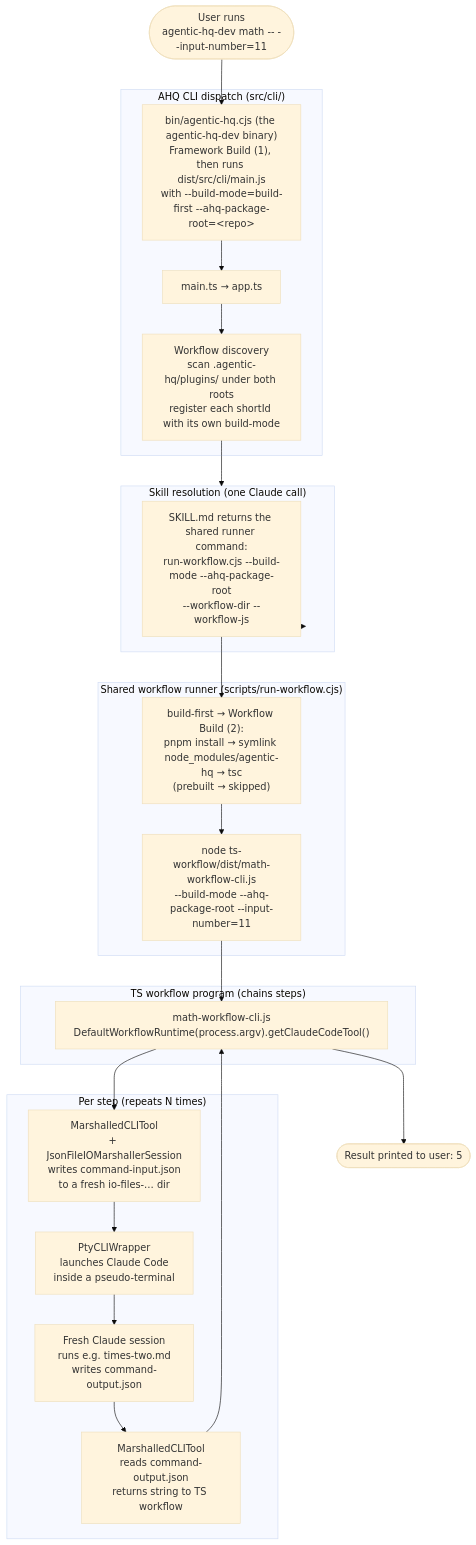
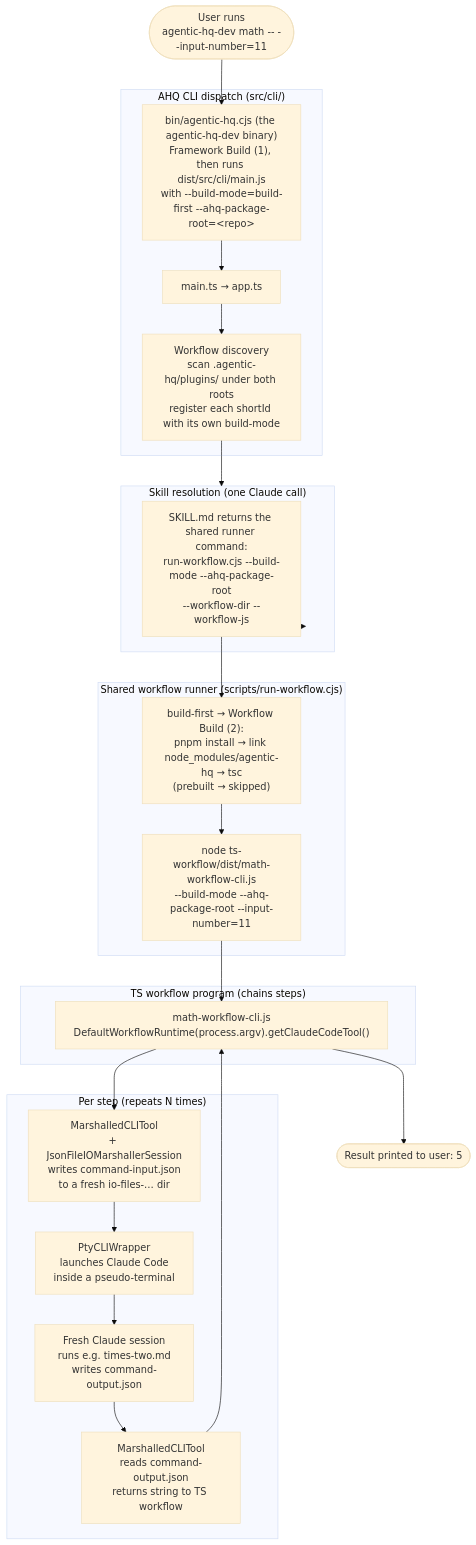
Before and after one commit to Agentic-HQ/agentic-hq: the diagram in docs/dev/how-agentic-hq-works.md, drawn with Mermaid (base theme). The commit also changed other lines of this file and 14 other files, not shown here.

````diff
--- a/docs/dev/how-agentic-hq-works.md
+++ b/docs/dev/how-agentic-hq-works.md
@@ -27,35 +27,35 @@
 ```mermaid
 flowchart TB
     User([User runs<br/>agentic-hq-dev math -- --input-number=11])
 
     subgraph CLI["AHQ CLI dispatch (src/cli/)"]
         Bin["bin/agentic-hq.cjs (the agentic-hq-dev binary)<br/>Framework Build (1), then runs dist/src/cli/main.js<br/>with --build-mode=build-first --ahq-package-root=&lt;repo&gt;"]
         Main[main.ts → app.ts]
         Discovery["Workflow discovery<br/>scan .agentic-hq/plugins/ under both roots<br/>register each shortId with its own build-mode"]
     end
 
     subgraph Resolve["Skill resolution (one Claude call)"]
         Skill["SKILL.md returns the shared runner command:<br/>run-workflow.cjs --build-mode --ahq-package-root<br/>--workflow-dir --workflow-js"]
     end
 
     subgraph Runner["Shared workflow runner (scripts/run-workflow.cjs)"]
-        Build2["build-first → Workflow Build (2):<br/>pnpm install → symlink node_modules/agentic-hq → tsc<br/>(prebuilt → skipped)"]
+        Build2["build-first → Workflow Build (2):<br/>pnpm install → link node_modules/agentic-hq → tsc<br/>(prebuilt → skipped)"]
         Run["node ts-workflow/dist/math-workflow-cli.js<br/>--build-mode --ahq-package-root --input-number=11"]
     end
 
     subgraph Workflow["TS workflow program (chains steps)"]
         TS["math-workflow-cli.js<br/>DefaultWorkflowRuntime(process.argv).getClaudeCodeTool()"]
     end
 
     subgraph Step["Per step (repeats N times)"]
         Marshal[MarshalledCLITool<br/>+ JsonFileIOMarshallerSession<br/>writes command-input.json<br/>to a fresh io-files-… dir]
         Pty[PtyCLIWrapper<br/>launches Claude Code<br/>inside a pseudo-terminal]
         Cmd[Fresh Claude session<br/>runs e.g. times-two.md<br/>writes command-output.json]
         Read[MarshalledCLITool<br/>reads command-output.json<br/>returns string to TS workflow]
     end
 
     User --> Bin --> Main --> Discovery --> Resolve
     Resolve --> Skill --> Build2 --> Run --> TS
     TS --> Marshal --> Pty --> Cmd --> Read --> TS
     TS --> Result([Result printed to user: 5])
 ```
````
